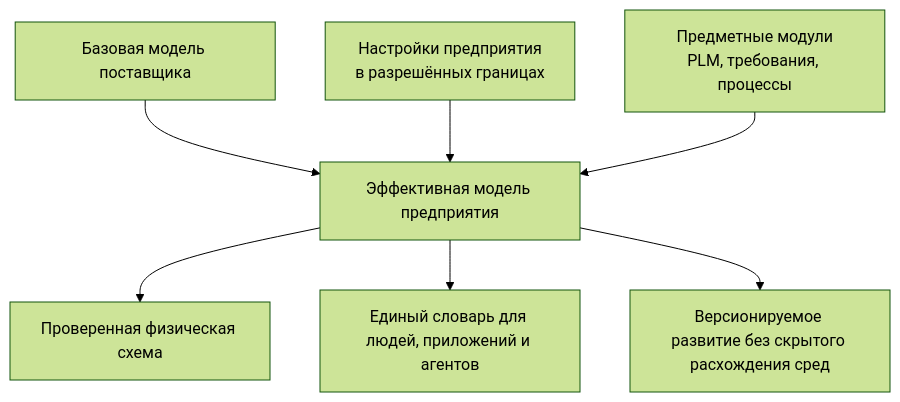
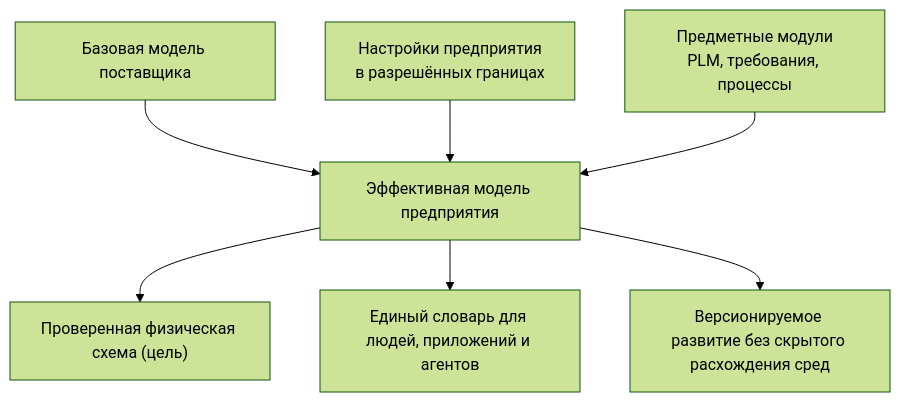
Before and after one commit to ZelAnton/Interlink-product-book: the diagram in wiki/Data-type-system-vision.md, drawn with Mermaid (forest theme). The commit also changed other lines of this file and 67 other files, not shown here.

````diff
--- a/wiki/Data-type-system-vision.md
+++ b/wiki/Data-type-system-vision.md
@@ -18,9 +20,9 @@
 ```mermaid
 flowchart TD
     A["Базовая модель поставщика"] --> D["Эффективная модель предприятия"]
-    B["Настройки предприятия\nв разрешённых границах"] --> D
-    C["Предметные модули\nPLM, требования, процессы"] --> D
-    D --> E["Проверенная физическая схема"]
+    B["Настройки предприятия<br/>в разрешённых границах"] --> D
+    C["Предметные модули<br/>PLM, требования, процессы"] --> D
+    D --> E["Проверенная физическая схема (цель)"]
     D --> F["Единый словарь для людей, приложений и агентов"]
     D --> G["Версионируемое развитие без скрытого расхождения сред"]
 ```
````
